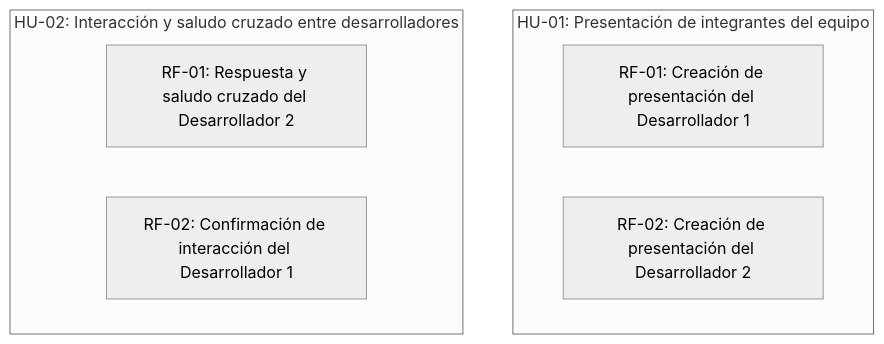
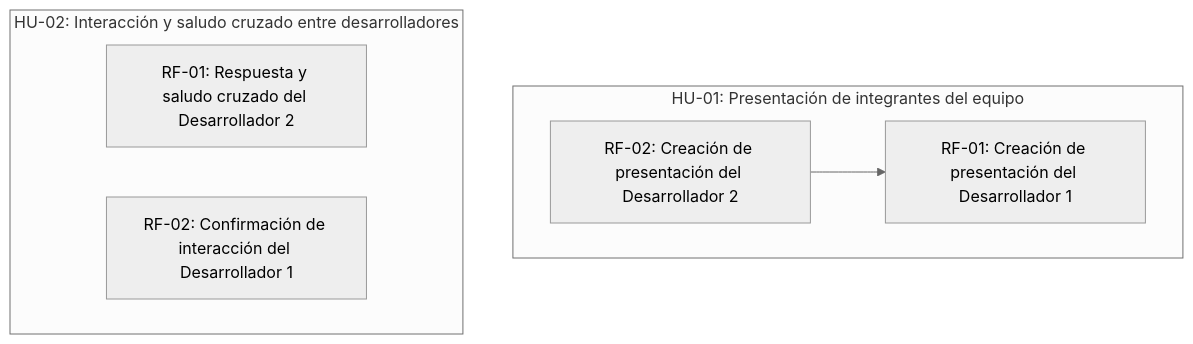
Before and after one commit to fiemcasals/pruebaBlanco: the diagram in scrumDocs/grafo.md, drawn with Mermaid (neutral theme). The commit also changed other lines of this file, not shown here.

````diff
--- a/scrumDocs/grafo.md
+++ b/scrumDocs/grafo.md
@@ -5,11 +5,12 @@
 ```mermaid
 graph TD
   subgraph US_1787232428829["HU-01: Presentación de integrantes del equipo"]
     REQ_1787233575852["RF-01: Creación de presentación del Desarrollador 1"]
     REQ_1787233583344["RF-02: Creación de presentación del Desarrollador 2"]
   end
   subgraph US_1787232434275["HU-02: Interacción y saludo cruzado entre desarrolladores"]
     REQ_1787233593724["RF-01: Respuesta y saludo cruzado del Desarrollador 2"]
     REQ_1787233602143["RF-02: Confirmación de interacción del Desarrollador 1"]
   end
+  REQ_1787233583344 --> REQ_1787233575852
 ```
````
